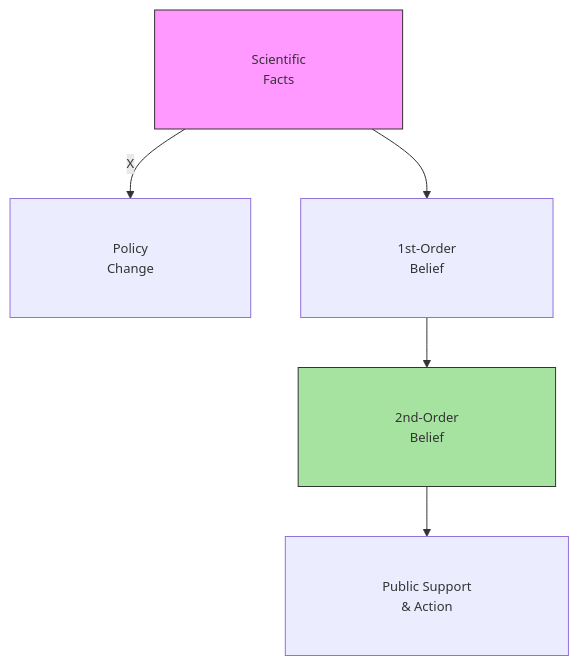
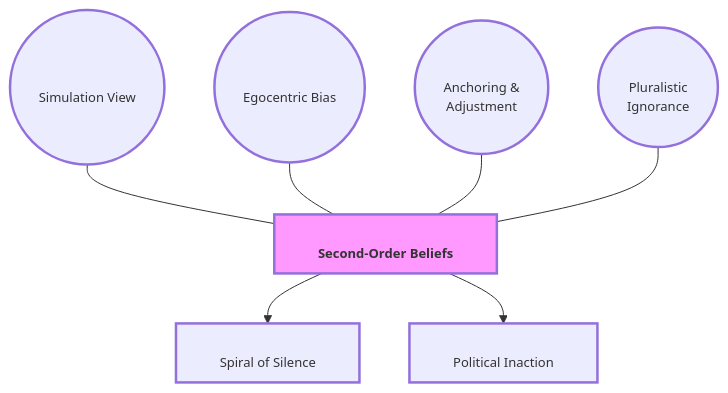
Before and after one commit to GM024/CourseSummaries: the second of 8 diagrams in Communication_Influence/Mastery_Guide_SOW_BS033.md, drawn with Mermaid. The commit also changed other lines of this file, not shown here.

Commit message:
Final Visual Overhaul: Sandbox padding, APA metadata, and thickened borders

````diff
--- a/Communication_Influence/Mastery_Guide_SOW_BS033.md
+++ b/Communication_Influence/Mastery_Guide_SOW_BS033.md
@@ -64,10 +59,16 @@
 ```mermaid
-%%{init: {'flowchart': {'padding': 40}, 'themeVariables': { 'fontSize': '13px' }}}%%
+%%{init: { 'flowchart': { 'padding': 10 }, 'themeVariables': { 'fontSize': '13px' }}}%%
 graph TD
-    Knowledge["&nbsp;&nbsp;&nbsp;&nbsp; Scientific &nbsp;&nbsp;&nbsp;&nbsp;<br/>&nbsp;&nbsp;&nbsp;&nbsp; Facts &nbsp;&nbsp;&nbsp;&nbsp;"] -- X --> Action["&nbsp;&nbsp;&nbsp;&nbsp; Policy &nbsp;&nbsp;&nbsp;&nbsp;<br/>&nbsp;&nbsp;&nbsp;&nbsp; Change &nbsp;&nbsp;&nbsp;&nbsp;"]
-    Knowledge --> IndividualBelief["&nbsp;&nbsp;&nbsp;&nbsp; 1st-Order &nbsp;&nbsp;&nbsp;&nbsp;<br/>&nbsp;&nbsp;&nbsp;&nbsp; Belief &nbsp;&nbsp;&nbsp;&nbsp;"]
-    IndividualBelief --> SocialPerception["&nbsp;&nbsp;&nbsp;&nbsp; 2nd-Order &nbsp;&nbsp;&nbsp;&nbsp;<br/>&nbsp;&nbsp;&nbsp;&nbsp; Belief &nbsp;&nbsp;&nbsp;&nbsp;"]
-    SocialPerception --> CollectiveAction["&nbsp;&nbsp;&nbsp;&nbsp; Public Support &nbsp;&nbsp;&nbsp;&nbsp;<br/>&nbsp;&nbsp;&nbsp;&nbsp; & Action &nbsp;&nbsp;&nbsp;&nbsp;"]
-    style Knowledge fill:#f9f,stroke:#333
-    style SocialPerception fill:#a6e3a1,stroke:#333
+    Hub["<br/>&nbsp;&nbsp;&nbsp;&nbsp;&nbsp;&nbsp; Second-Order Beliefs &nbsp;&nbsp;&nbsp;&nbsp;&nbsp;&nbsp;<br/>"]:::hubNode
+    
+    S1(("<br/>&nbsp;&nbsp;&nbsp;&nbsp;&nbsp;&nbsp; Simulation View &nbsp;&nbsp;&nbsp;&nbsp;&nbsp;&nbsp;<br/>")) --- Hub
+    S2(("<br/>&nbsp;&nbsp;&nbsp;&nbsp;&nbsp;&nbsp; Egocentric Bias &nbsp;&nbsp;&nbsp;&nbsp;&nbsp;&nbsp;<br/>")) --- Hub
+    S3(("<br/>&nbsp;&nbsp;&nbsp;&nbsp;&nbsp;&nbsp; Anchoring & &nbsp;&nbsp;&nbsp;&nbsp;&nbsp;&nbsp;<br/>&nbsp;&nbsp;&nbsp;&nbsp;&nbsp;&nbsp; Adjustment &nbsp;&nbsp;&nbsp;&nbsp;&nbsp;&nbsp;<br/>")) --- Hub
+    S4(("<br/>&nbsp;&nbsp;&nbsp;&nbsp;&nbsp;&nbsp; Pluralistic &nbsp;&nbsp;&nbsp;&nbsp;&nbsp;&nbsp;<br/>&nbsp;&nbsp;&nbsp;&nbsp;&nbsp;&nbsp; Ignorance &nbsp;&nbsp;&nbsp;&nbsp;&nbsp;&nbsp;<br/>")) --- Hub
+    
+    Hub --> B1["<br/>&nbsp;&nbsp;&nbsp;&nbsp;&nbsp;&nbsp; Spiral of Silence &nbsp;&nbsp;&nbsp;&nbsp;&nbsp;&nbsp;<br/>"]
+    Hub --> B2["<br/>&nbsp;&nbsp;&nbsp;&nbsp;&nbsp;&nbsp; Political Inaction &nbsp;&nbsp;&nbsp;&nbsp;&nbsp;&nbsp;<br/>"]
+    
+    classDef hubNode font-weight:bold,stroke-width:2.5px,fill:#f9f;
+    classDef default stroke-width:2.5px;
 ```
````
